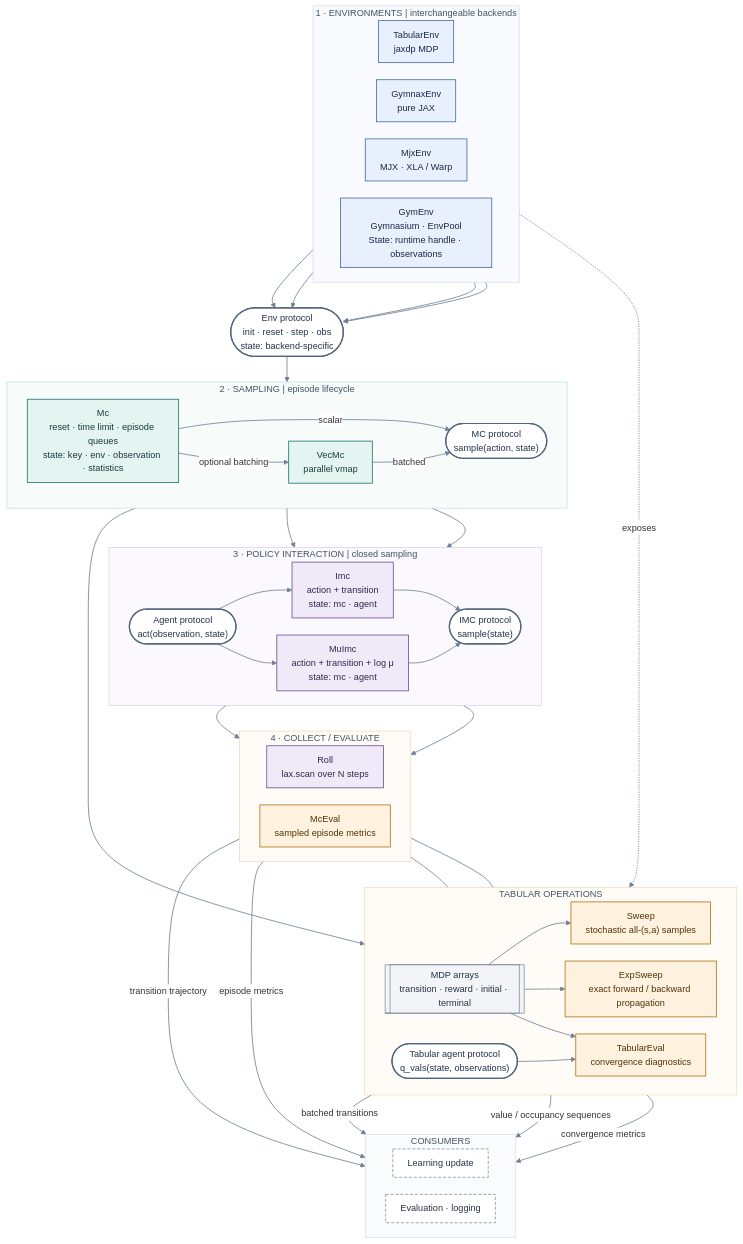
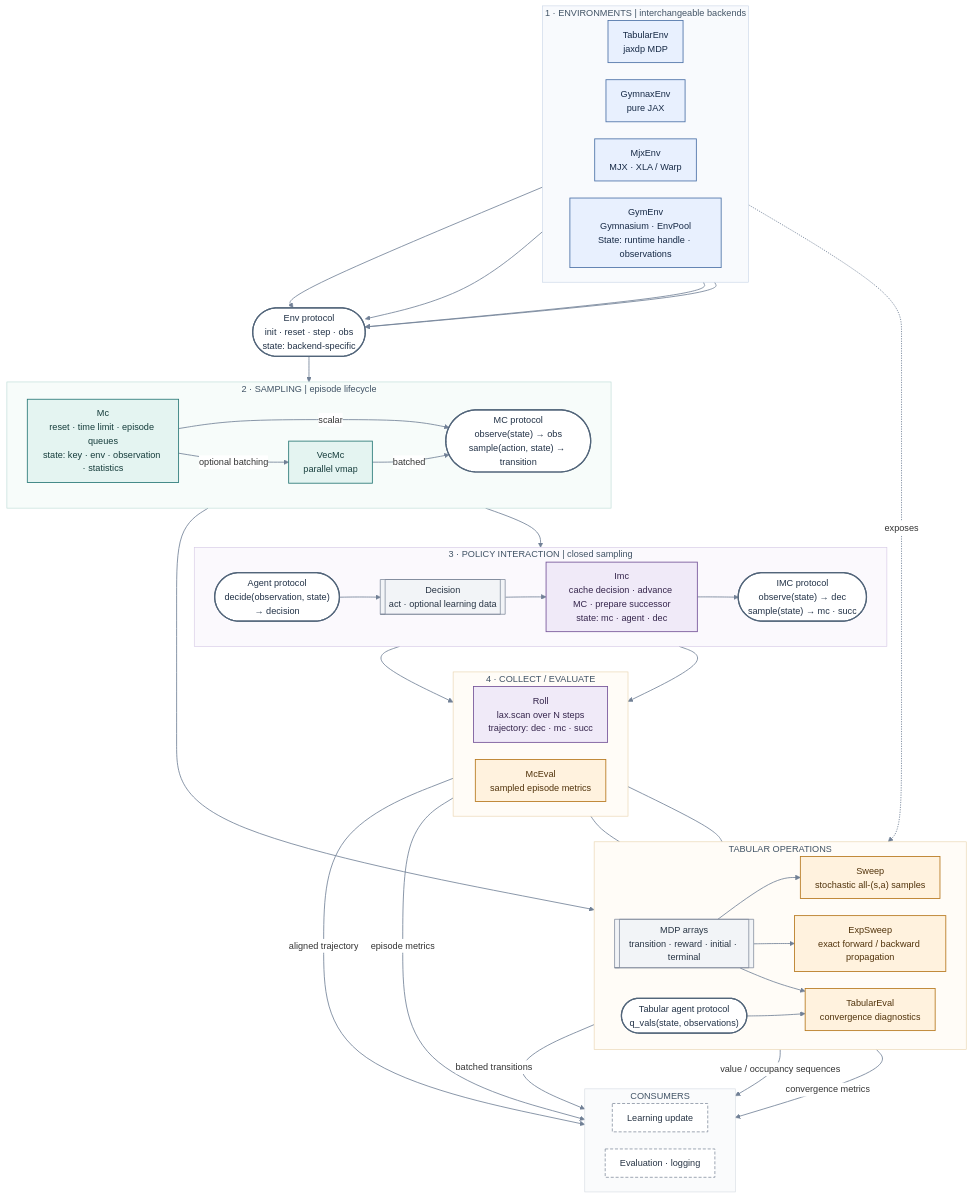
One commit to TolgaOk/jaxtor changed the first of 2 diagrams in doc/components.md. Above: the diagram before and after it, drawn with Mermaid. The commit also changed other lines of this file and 22 other files, not shown here.

```diff
--- a/doc/components.md
+++ b/doc/components.md
@@ -25,7 +25,7 @@
         direction LR
         mc["Mc<br/>reset · time limit · episode queues<br/>state: key · env · observation · statistics"]
         vecmc["VecMc<br/>parallel vmap"]
-        mc_api(["MC protocol<br/>sample(action, state)"])
+        mc_api(["MC protocol<br/>observe(state) → obs<br/>sample(action, state) → transition"])
         mc -->|scalar| mc_api
         mc -->|optional batching| vecmc
         vecmc -->|batched| mc_api
@@ -35,21 +35,19 @@
 
     subgraph interaction["3 · POLICY INTERACTION | closed sampling"]
         direction LR
-        agent_api(["Agent protocol<br/>act(observation, state)"])
-        imc["Imc<br/>action + transition<br/>state: mc · agent"]
-        muimc["MuImc<br/>action + transition + log μ<br/>state: mc · agent"]
-        imc_api(["IMC protocol<br/>sample(state)"])
-        agent_api --> imc
-        agent_api --> muimc
+        agent_api(["Agent protocol<br/>decide(observation, state)<br/>→ decision"])
+        dec[["Decision<br/>act · optional learning data"]]
+        imc["Imc<br/>cache decision · advance MC · prepare successor<br/>state: mc · agent · dec"]
+        imc_api(["IMC protocol<br/>observe(state) → dec<br/>sample(state) → mc · succ"])
+        agent_api --> dec
+        dec --> imc
         mc_api --> imc
-        mc_api --> muimc
         imc --> imc_api
-        muimc --> imc_api
     end
 
     subgraph collection["4 · COLLECT / EVALUATE"]
         direction LR
-        roll["Roll<br/>lax.scan over N steps"]
+        roll["Roll<br/>lax.scan over N steps<br/>trajectory: dec · mc · succ"]
         mc_eval["McEval<br/>sampled episode metrics"]
     end
 
@@ -80,7 +78,7 @@
         report["Evaluation · logging"]
     end
 
-    roll -->|transition trajectory| update
+    roll -->|aligned trajectory| update
     sweep -->|batched transitions| update
     exp_sweep -->|value / occupancy sequences| update
     mc_eval -->|episode metrics| report
@@ -97,9 +95,9 @@
     class tabular,gymnax,mjx,gym adapter;
     class env_api,mc_api,agent_api,imc_api,value_api protocol;
     class mc,vecmc sampler;
-    class imc,muimc,roll interactionNode;
+    class imc,roll interactionNode;
     class mc_eval,sweep,exp_sweep,tabular_eval analysis;
-    class mdp data;
+    class dec,mdp data;
     class update,report consumer;
 
     style environments fill:#F8FAFD,stroke:#C8D5E6,stroke-width:1px,color:#425466
```
